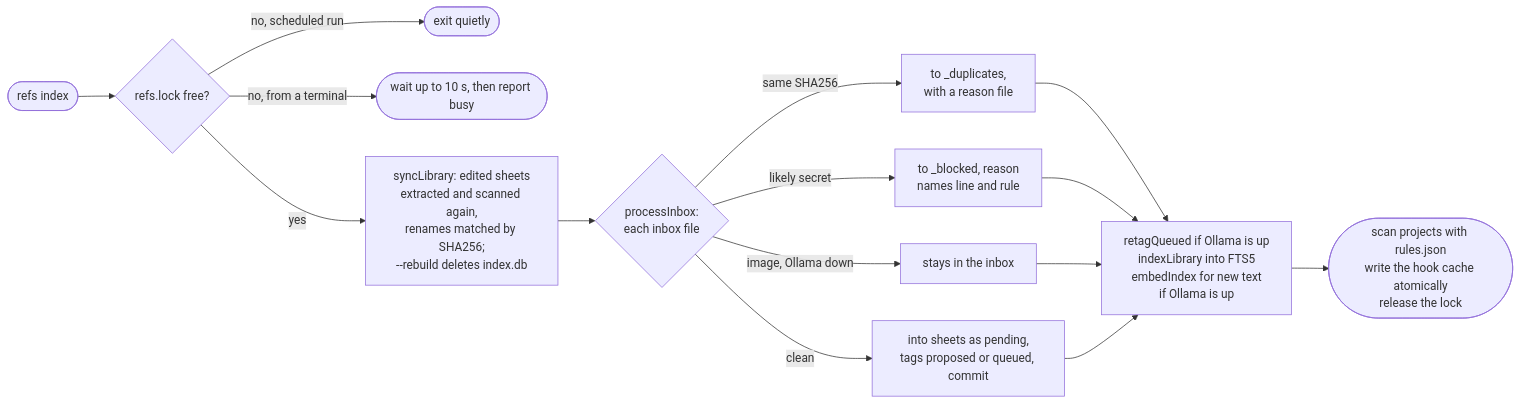
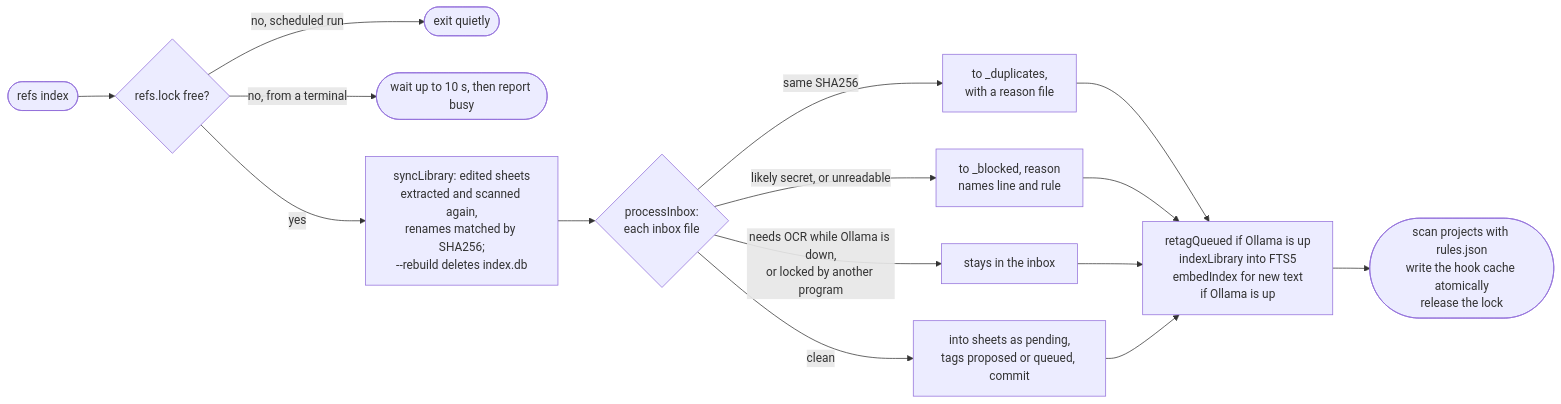
Before and after one commit to cgbot7/Nudge: the fourth of 5 diagrams in docs/architecture.md, drawn with Mermaid. The commit also changed other lines of this file and 3 other files, not shown here.

First line of the commit message:
Docs: sync README and architecture with the code

````diff
--- a/docs/architecture.md
+++ b/docs/architecture.md
@@ -137,17 +152,17 @@
 ```mermaid
 flowchart LR
   start(["refs index"]) --> lock{"refs.lock free?"}
   lock -->|"no, scheduled run"| quiet(["exit quietly"])
   lock -->|"no, from a terminal"| busy(["wait up to 10 s, then report busy"])
   lock -->|yes| sync["syncLibrary: edited sheets<br/>extracted and scanned again,<br/>renames matched by SHA256;<br/>--rebuild deletes index.db"]
   sync --> kind{"processInbox:<br/>each inbox file"}
   kind -->|"same SHA256"| dup["to _duplicates,<br/>with a reason file"]
-  kind -->|"likely secret"| blocked["to _blocked, reason<br/>names line and rule"]
-  kind -->|"image, Ollama down"| waits["stays in the inbox"]
+  kind -->|"likely secret, or unreadable"| blocked["to _blocked, reason<br/>names line and rule"]
+  kind -->|"needs OCR while Ollama is down,<br/>or locked by another program"| waits["stays in the inbox"]
   kind -->|clean| imported["into sheets as pending,<br/>tags proposed or queued, commit"]
   dup --> work
   blocked --> work
   waits --> work
   imported --> work["retagQueued if Ollama is up<br/>indexLibrary into FTS5<br/>embedIndex for new text<br/>if Ollama is up"]
   work --> cache(["scan projects with rules.json<br/>write the hook cache atomically<br/>release the lock"])
 ```
````
